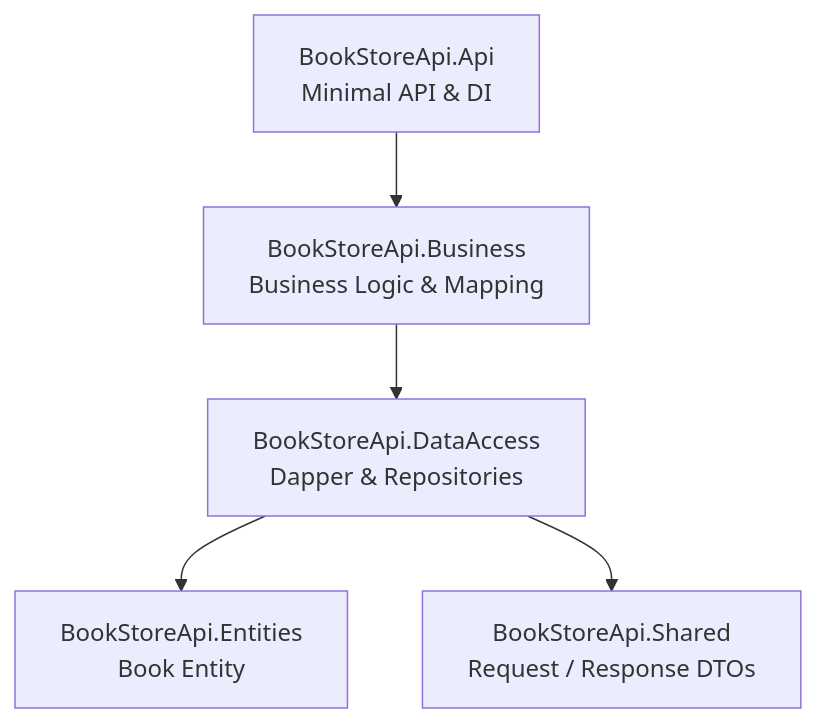
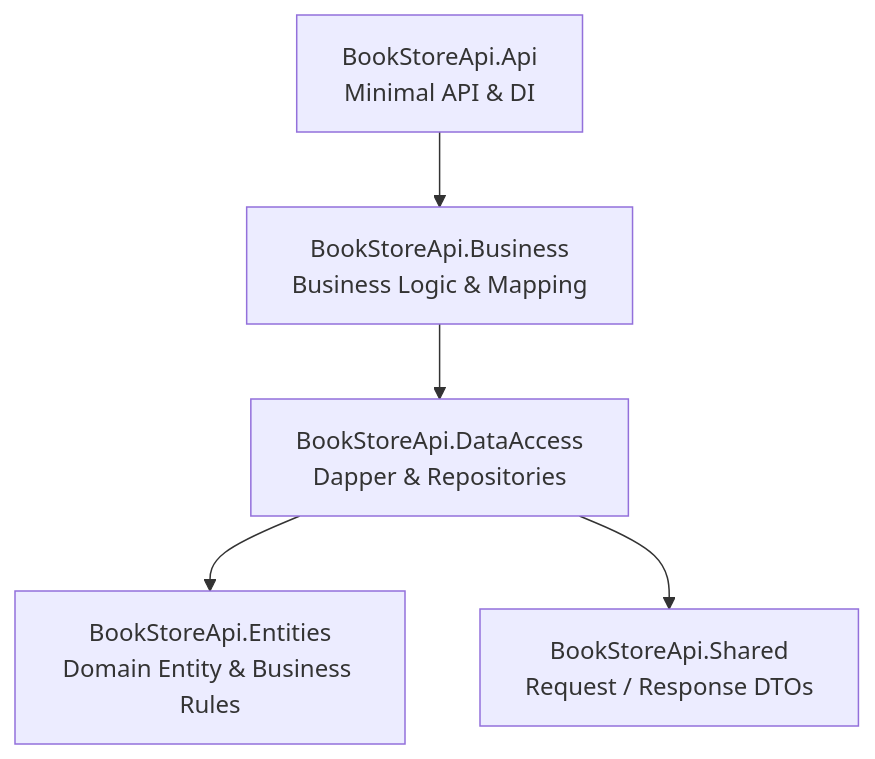
The diagram in README.md (kaganemre/dotnet-bookstore-api-dapper), drawn with Mermaid before and after one commit. The commit also changed other lines of this file, not shown here.

````diff
--- a/README.md
+++ b/README.md
@@ -20,13 +28,13 @@
-```mermaid
+``` mermaid
 flowchart TD
     Api["BookStoreApi.Api<br/>Minimal API & DI"]
     Business["BookStoreApi.Business<br/>Business Logic & Mapping"]
     Data["BookStoreApi.DataAccess<br/>Dapper & Repositories"]
-    Entities["BookStoreApi.Entities<br/>Book Entity"]
+    Entities["BookStoreApi.Entities<br/>Domain Entity & Business Rules"]
     Shared["BookStoreApi.Shared<br/>Request / Response DTOs"]
 
     Api --> Business
     Business --> Data
     Data --> Entities
     Data --> Shared
 ```
````
